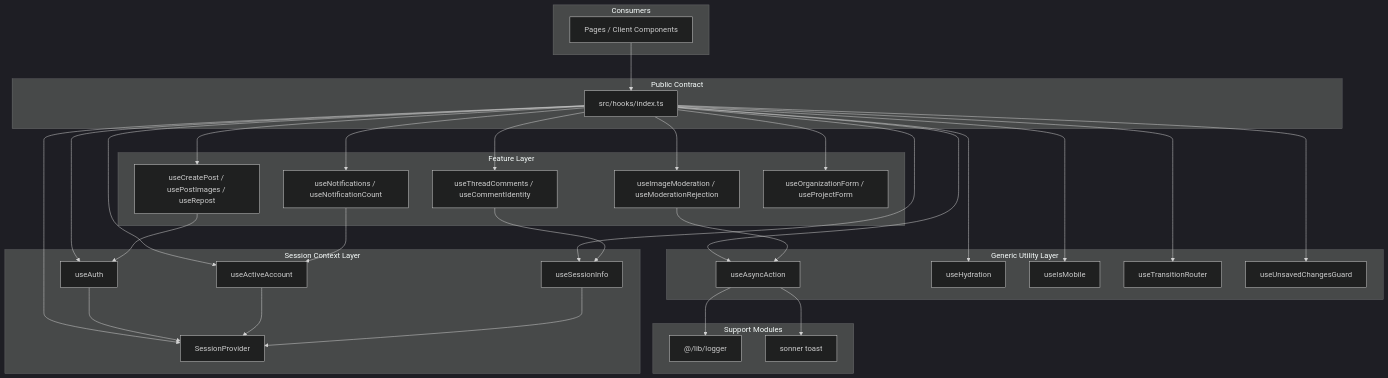
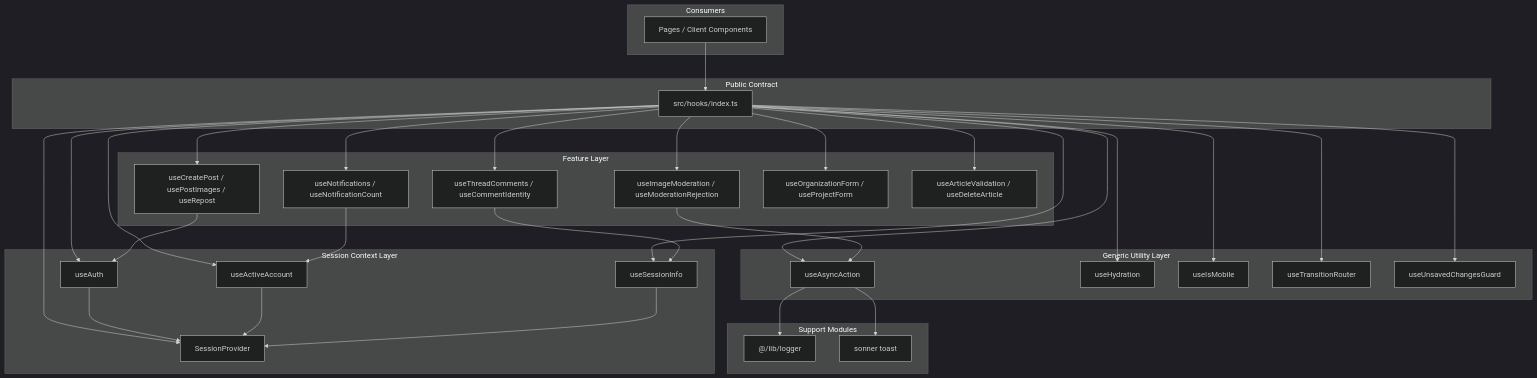
The first of 3 diagrams in src/content/docs/config-and-utils/hooks.md (jackcasstlesjones/ozeaon-wiki), drawn with Mermaid (dark theme) before and after one commit. The commit also changed other lines of this file and 19 other files, not shown here.

First line of the commit message:
docs: document api routes, utils, hooks, zod schemas, constants, types, lib internals and migrations

````diff
--- a/src/content/docs/config-and-utils/hooks.md
+++ b/src/content/docs/config-and-utils/hooks.md
@@ -47,64 +48,66 @@
 ```mermaid
 flowchart TD
     subgraph sg_Consumers["Consumers"]
         Pages["Pages / Client Components"]
     end
 
     subgraph sg_Barrel["Public Contract"]
         Index["src/hooks/index.ts"]
     end
 
     subgraph sg_Session["Session Context Layer"]
         SessionProvider["SessionProvider"]
         UseAuth["useAuth"]
         UseActiveAccount["useActiveAccount"]
         UseSessionInfo["useSessionInfo"]
     end
 
     subgraph sg_Generic["Generic Utility Layer"]
         UseAsyncAction["useAsyncAction"]
         UseHydration["useHydration"]
         UseIsMobile["useIsMobile"]
         UseTransitionRouter["useTransitionRouter"]
         UseUnsavedGuard["useUnsavedChangesGuard"]
     end
 
     subgraph sg_Feature["Feature Layer"]
         Notifications["useNotifications / useNotificationCount"]
         Comments["useThreadComments / useCommentIdentity"]
         Posting["useCreatePost / usePostImages / useRepost"]
         Moderation["useImageModeration / useModerationRejection"]
         Forms["useOrganizationForm / useProjectForm"]
+        ArticleAdmin["useArticleValidation / useDeleteArticle"]
     end
 
     subgraph sg_Support["Support Modules"]
         Logger["@/lib/logger"]
         Toaster["sonner toast"]
     end
 
     Pages --> Index
     Index --> SessionProvider
     Index --> UseAuth
     Index --> UseActiveAccount
     Index --> UseSessionInfo
     Index --> UseAsyncAction
     Index --> UseHydration
     Index --> UseIsMobile
     Index --> UseTransitionRouter
     Index --> UseUnsavedGuard
     Index --> Notifications
     Index --> Comments
     Index --> Posting
     Index --> Moderation
     Index --> Forms
+    Index --> ArticleAdmin
 
     UseAuth --> SessionProvider
     UseActiveAccount --> SessionProvider
     UseSessionInfo --> SessionProvider
     Comments --> UseSessionInfo
     Posting --> UseAuth
     Notifications --> UseActiveAccount
     Moderation --> UseAsyncAction
     UseAsyncAction --> Logger
     UseAsyncAction --> Toaster
 ```
````
